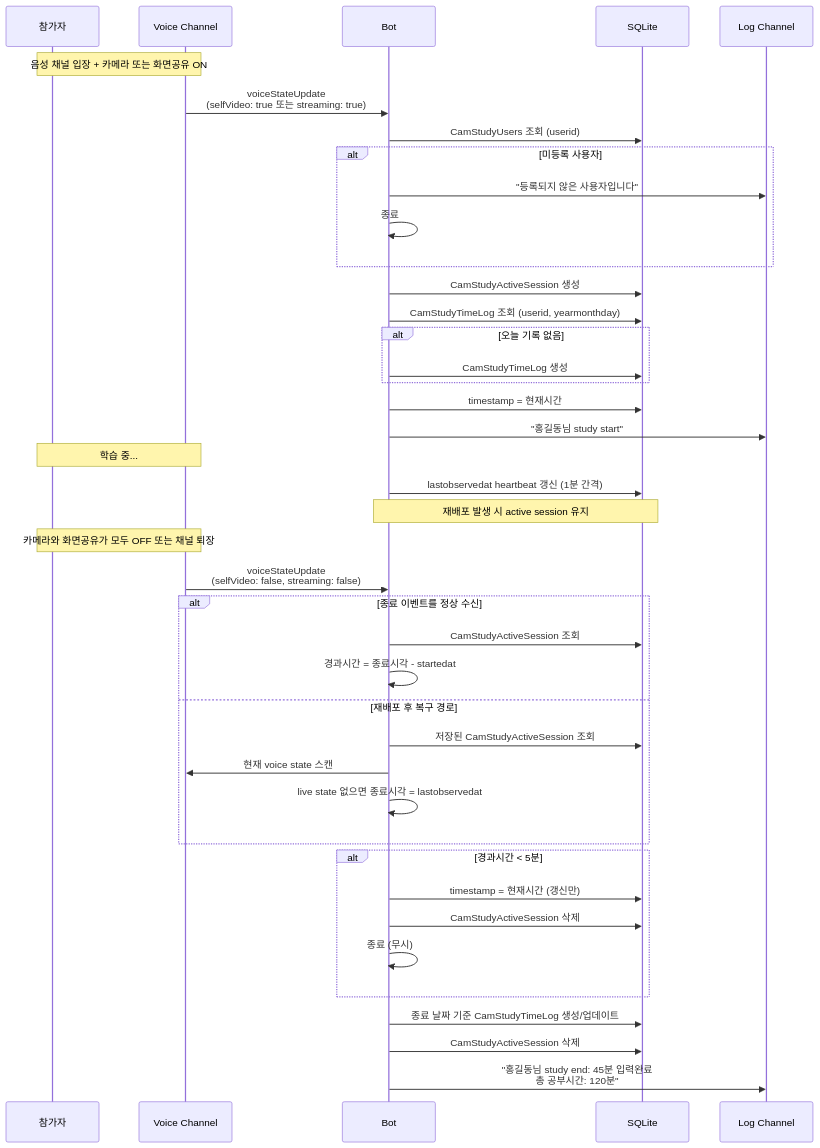
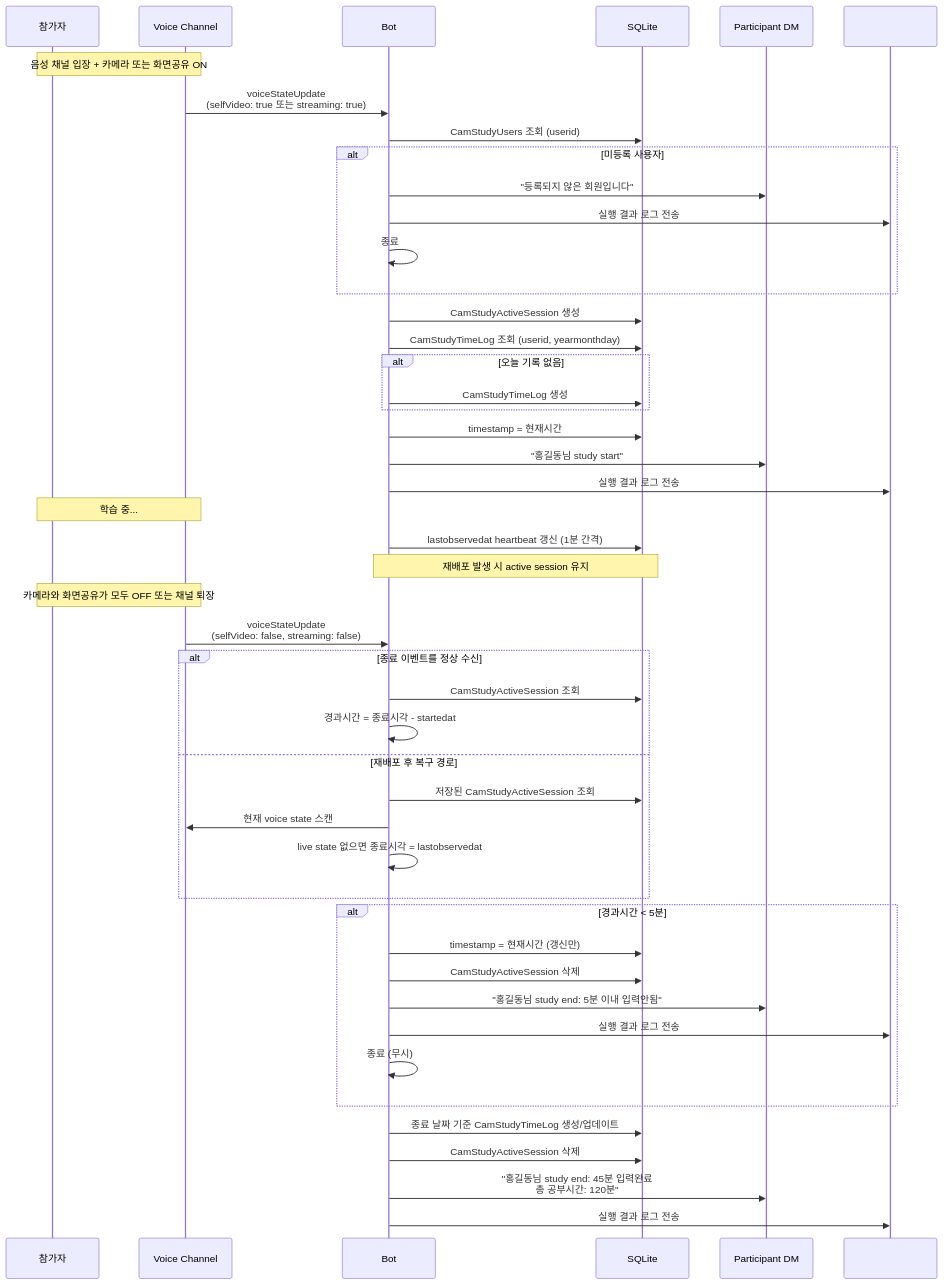
Before and after one commit to honki12345/haruharu-discord-bot: diagram 14 of 20 in docs/USER_STORIES.md, drawn with Mermaid. The commit also changed other lines of this file and 7 other files, not shown here.

````diff
--- a/docs/USER_STORIES.md
+++ b/docs/USER_STORIES.md
@@ -613,53 +616,59 @@
 ```mermaid
 sequenceDiagram
     participant U as 참가자
     participant VC as Voice Channel
     participant B as Bot
     participant DB as SQLite
-    participant L as Log Channel
+    participant DM as Participant DM
+    participant T as #test
 
     Note over U,VC: 음성 채널 입장 + 카메라 또는 화면공유 ON
     VC->>B: voiceStateUpdate<br/>(selfVideo: true 또는 streaming: true)
 
     B->>DB: CamStudyUsers 조회 (userid)
     alt 미등록 사용자
-        B->>L: "등록되지 않은 사용자입니다"
+        B->>DM: "등록되지 않은 회원입니다"
+        B->>T: 실행 결과 로그 전송
         B->>B: 종료
     end
 
     B->>DB: CamStudyActiveSession 생성
     B->>DB: CamStudyTimeLog 조회 (userid, yearmonthday)
     alt 오늘 기록 없음
         B->>DB: CamStudyTimeLog 생성
     end
 
     B->>DB: timestamp = 현재시간
-    B->>L: "홍길동님 study start"
+    B->>DM: "홍길동님 study start"
+    B->>T: 실행 결과 로그 전송
 
     Note over U,VC: 학습 중...
     B->>DB: lastobservedat heartbeat 갱신 (1분 간격)
 
     Note over B,DB: 재배포 발생 시 active session 유지
 
     Note over U,VC: 카메라와 화면공유가 모두 OFF 또는 채널 퇴장
     VC->>B: voiceStateUpdate<br/>(selfVideo: false, streaming: false)
 
     alt 종료 이벤트를 정상 수신
         B->>DB: CamStudyActiveSession 조회
         B->>B: 경과시간 = 종료시각 - startedat
     else 재배포 후 복구 경로
         B->>DB: 저장된 CamStudyActiveSession 조회
         B->>VC: 현재 voice state 스캔
         B->>B: live state 없으면 종료시각 = lastobservedat
     end
 
     alt 경과시간 < 5분
         B->>DB: timestamp = 현재시간 (갱신만)
         B->>DB: CamStudyActiveSession 삭제
+        B->>DM: "홍길동님 study end: 5분 이내 입력안됨"
+        B->>T: 실행 결과 로그 전송
         B->>B: 종료 (무시)
     end
 
     B->>DB: 종료 날짜 기준 CamStudyTimeLog 생성/업데이트
     B->>DB: CamStudyActiveSession 삭제
-    B->>L: "홍길동님 study end: 45분 입력완료<br/>총 공부시간: 120분"
+    B->>DM: "홍길동님 study end: 45분 입력완료<br/>총 공부시간: 120분"
+    B->>T: 실행 결과 로그 전송
 ```
````
